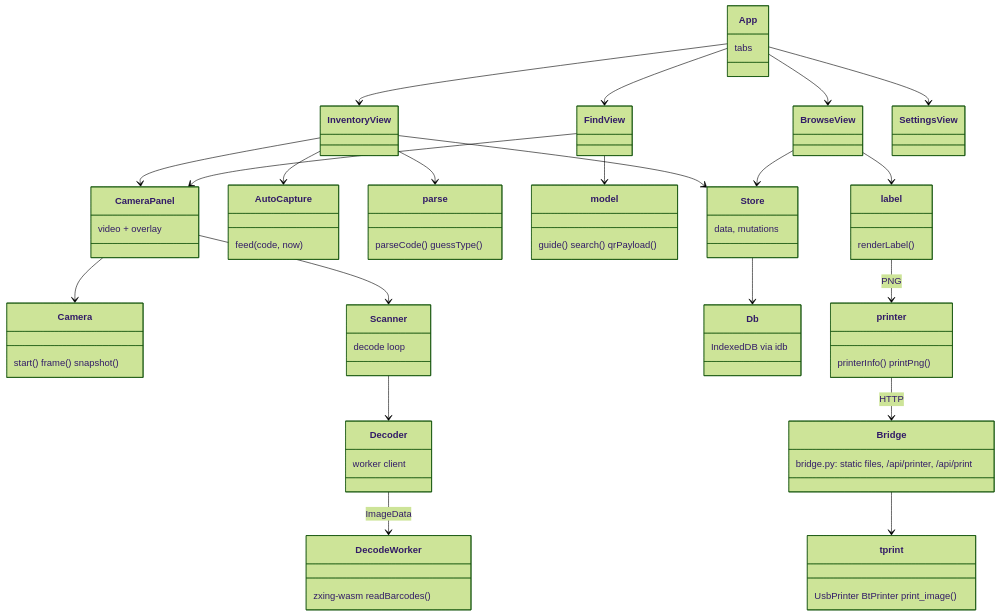
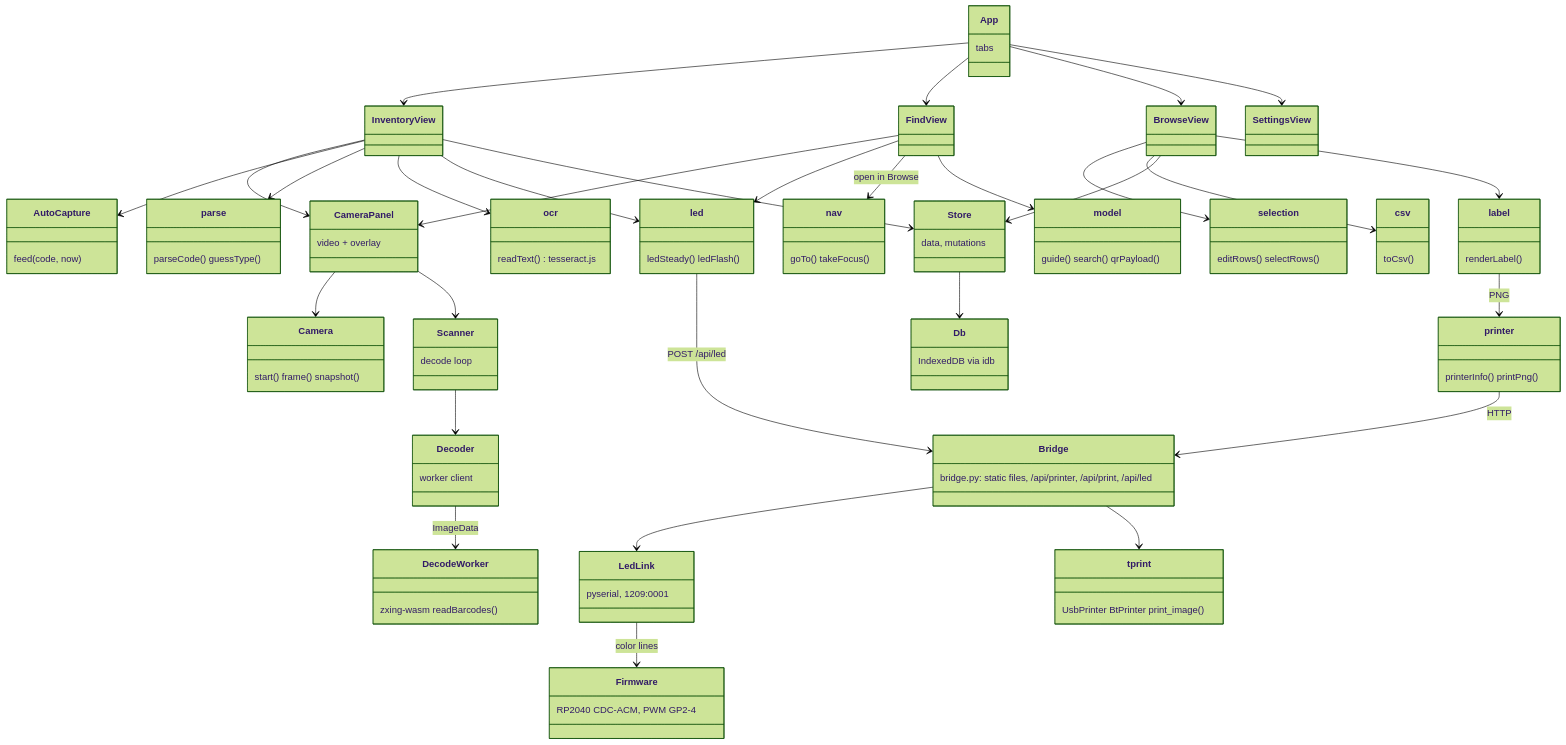
The diagram in README.md (tmpk13/qr-sort-eparts), drawn with Mermaid (forest theme) before and after one commit. The commit also changed other lines of this file and 44 other files, not shown here.

First line of the commit message:
qr-sort: batches, merging per box, 1D/text reading, edit mode, status LED

````diff
--- a/README.md
+++ b/README.md
@@ -40,42 +63,58 @@
 ```mermaid
 classDiagram
     class App { tabs }
     class InventoryView
     class FindView
     class BrowseView
     class SettingsView
     class CameraPanel { video + overlay }
     class Camera { start() frame() snapshot() }
     class Scanner { decode loop }
     class Decoder { worker client }
     class DecodeWorker { zxing-wasm readBarcodes() }
     class AutoCapture { feed(code, now) }
     class parse { parseCode() guessType() }
     class model { guide() search() qrPayload() }
     class Store { data, mutations }
     class Db { IndexedDB via idb }
     class label { renderLabel() }
     class printer { printerInfo() printPng() }
-    class Bridge { bridge.py: static files, /api/printer, /api/print }
+    class Bridge { bridge.py: static files, /api/printer, /api/print, /api/led }
     class tprint { UsbPrinter BtPrinter print_image() }
+    class ocr { readText() tesseract.js }
+    class led { ledSteady() ledFlash() }
+    class LedLink { pyserial, 1209:0001 }
+    class Firmware { RP2040 CDC-ACM, PWM GP2-4 }
+    class csv { toCsv() }
+    class selection { editRows() selectRows() }
+    class nav { goTo() takeFocus() }
     App --> InventoryView
     App --> FindView
     App --> BrowseView
     App --> SettingsView
     InventoryView --> CameraPanel
     FindView --> CameraPanel
     InventoryView --> AutoCapture
     InventoryView --> parse
+    InventoryView --> ocr
+    InventoryView --> led
+    FindView --> led
+    FindView --> nav : open in Browse
+    BrowseView --> selection
+    BrowseView --> csv
+    led --> Bridge : POST /api/led
+    Bridge --> LedLink
+    LedLink --> Firmware : color lines
     FindView --> model
     CameraPanel --> Camera
     CameraPanel --> Scanner
     Scanner --> Decoder
     Decoder --> DecodeWorker : ImageData
     InventoryView --> Store
     BrowseView --> Store
     Store --> Db
     BrowseView --> label
     label --> printer : PNG
     printer --> Bridge : HTTP
     Bridge --> tprint
 ```
````
